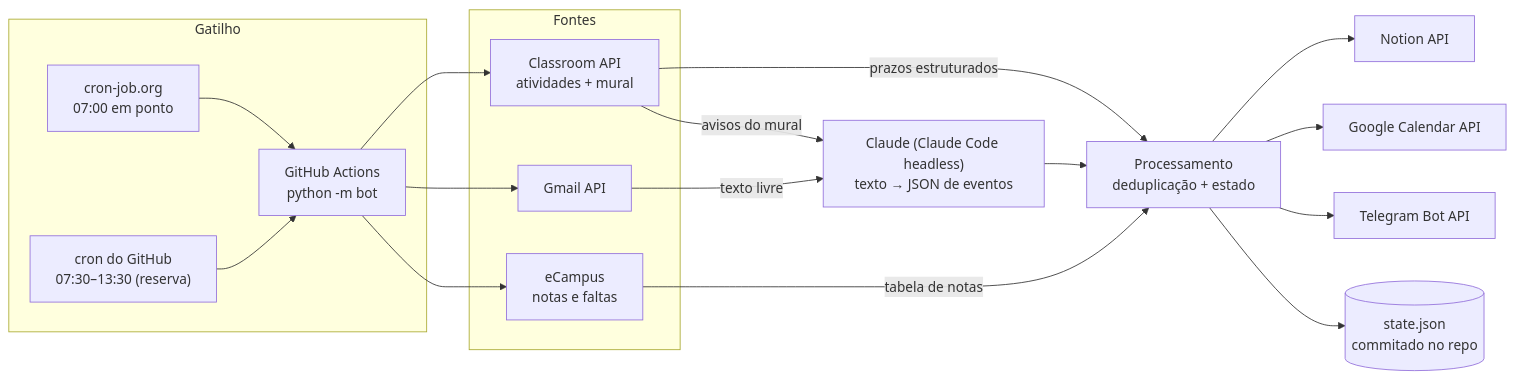
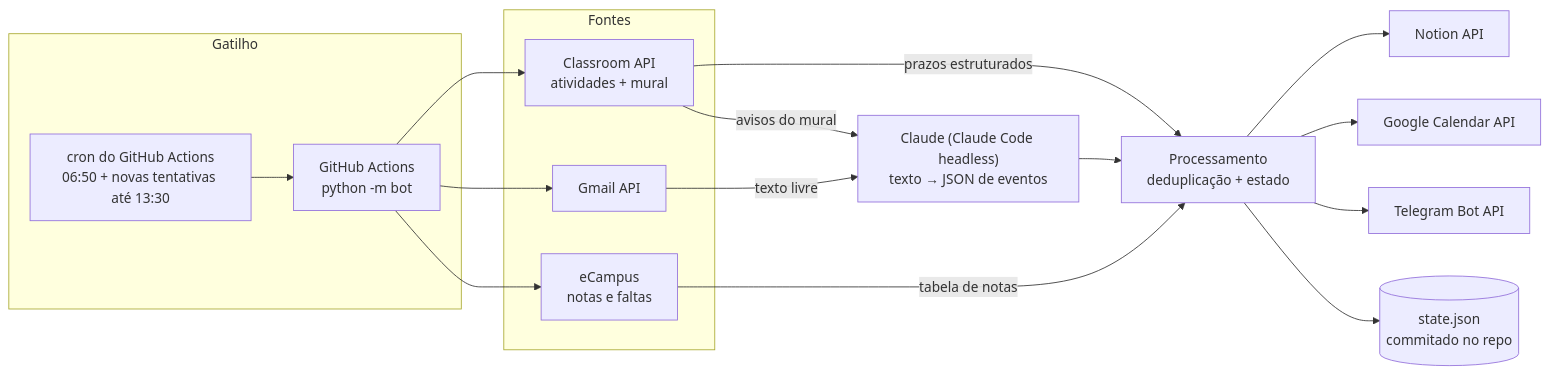
Before and after one commit to samymallmann/assistente-academico: the diagram in README.md, drawn with Mermaid. The commit also changed other lines of this file and 1 other file, not shown here.

Commit message:
Agenda o bot para 6:50 só com o GitHub Actions

````diff
--- a/README.md
+++ b/README.md
@@ -57,26 +57,25 @@
 ```mermaid
 flowchart LR
     subgraph Gatilho
-        CJ["cron-job.org<br/>07:00 em ponto"] --> GA
-        CR["cron do GitHub<br/>07:30–13:30 (reserva)"] --> GA
+        CR["cron do GitHub Actions<br/>06:50 + novas tentativas até 13:30"] --> GA
     end
     GA["GitHub Actions<br/>python -m bot"]
 
     subgraph Fontes
         CL["Classroom API<br/>atividades + mural"]
         GM["Gmail API"]
         EC["eCampus<br/>notas e faltas"]
     end
 
     GA --> CL & GM & EC
     CL -->|prazos estruturados| PROC
     EC -->|tabela de notas| PROC
     GM -->|texto livre| LLM
     CL -->|avisos do mural| LLM
     LLM["Claude (Claude Code headless)<br/>texto → JSON de eventos"] --> PROC
 
     PROC["Processamento<br/>deduplicação + estado"] --> NO["Notion API"]
     PROC --> CA["Google Calendar API"]
     PROC --> TG["Telegram Bot API"]
     PROC --> ST[("state.json<br/>commitado no repo")]
 ```
````
